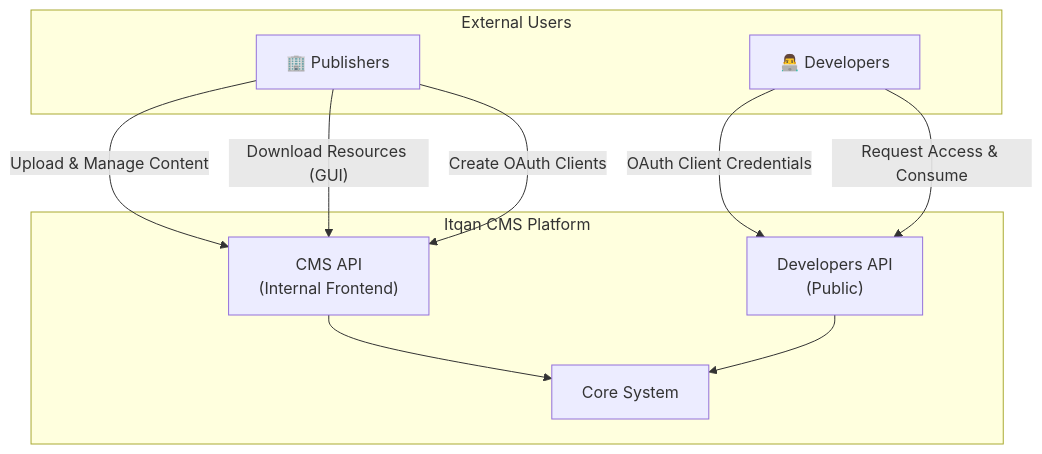
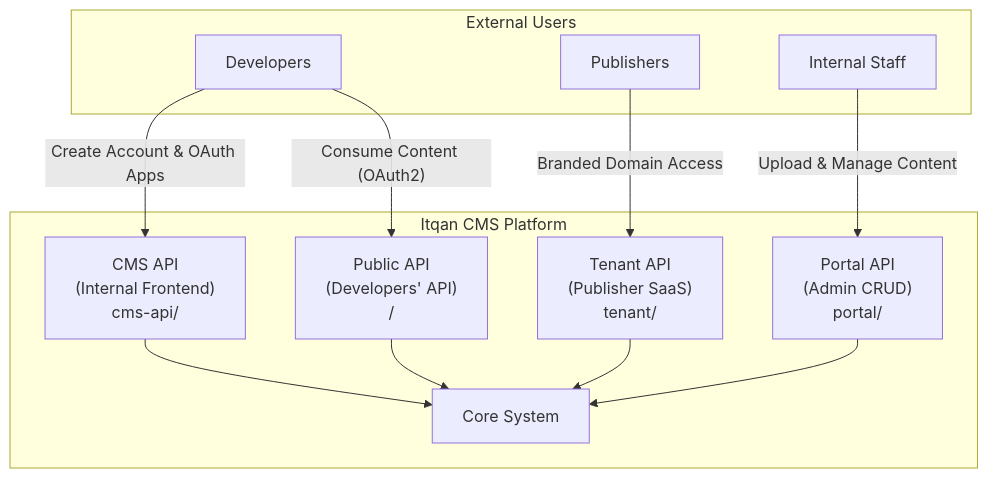
One commit to Itqan-community/cms-backend changed the first of 8 diagrams in docs/ARCHITECTURE.md. Above: the diagram before and after it, drawn with Mermaid. The commit also changed other lines of this file and 10 other files, not shown here.

Commit message:
feat: add portal api and update docs

````diff
--- a/docs/ARCHITECTURE.md
+++ b/docs/ARCHITECTURE.md
@@ -11,21 +11,25 @@
 ```mermaid
 flowchart TB
     subgraph External["External Users"]
-        PUB["🏢 Publishers"]
-        DEV["👨‍💻 Developers"]
+        DEV["Developers"]
+        PUB["Publishers"]
+        STAFF["Internal Staff"]
     end
 
     subgraph ItqanCMS["Itqan CMS Platform"]
-        CMS_API["CMS API<br/>(Internal Frontend)"]
-        DEV_API["Developers API<br/>(Public)"]
+        CMS_API["CMS API<br/>(Internal Frontend)<br/>cms-api/"]
+        DEV_API["Public API<br/>(Developers' API)<br/>/"]
+        TENANT_API["Tenant API<br/>(Publisher SaaS)<br/>tenant/"]
+        PORTAL_API["Portal API<br/>(Admin CRUD)<br/>portal/"]
         CORE["Core System"]
     end
 
-    PUB -->|"Upload & Manage Content"| CMS_API
-    PUB -->|"Download Resources (GUI)"| CMS_API
-    PUB -->|"Create OAuth Clients"| CMS_API
-    DEV -->|"OAuth Client Credentials"| DEV_API
-    DEV -->|"Request Access & Consume"| DEV_API
+    DEV -->|"Create Account & OAuth Apps"| CMS_API
+    DEV -->|"Consume Content (OAuth2)"| DEV_API
+    PUB -->|"Branded Domain Access"| TENANT_API
+    STAFF -->|"Upload & Manage Content"| PORTAL_API
     CMS_API --> CORE
     DEV_API --> CORE
+    TENANT_API --> CORE
+    PORTAL_API --> CORE
 ```
````
